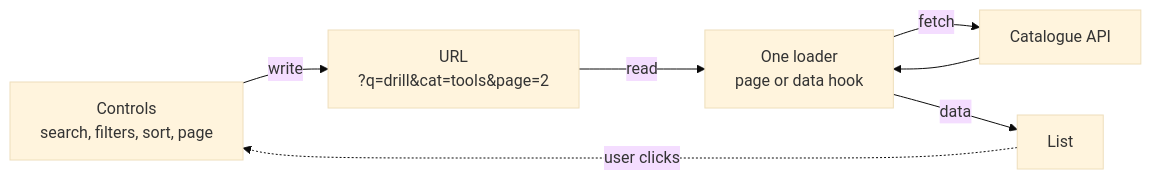
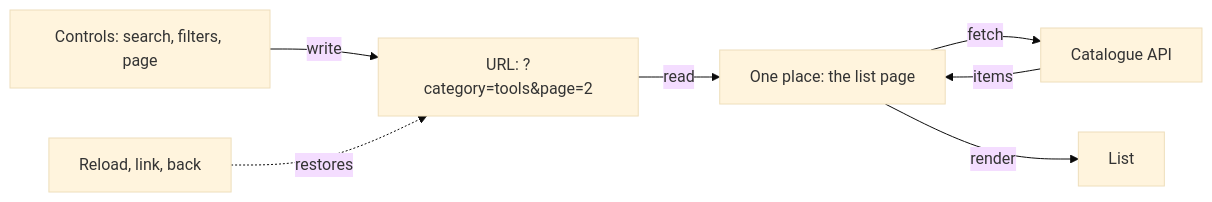
One commit to christiansany/cas-fee-26-frontend-challenges changed the first of 4 diagrams in topics/lists-and-pagination/README.md. Above: the diagram before and after it, drawn with Mermaid (base theme). The commit also changed other lines of this file and 8 other files, not shown here.

````diff
--- a/topics/lists-and-pagination/README.md
+++ b/topics/lists-and-pagination/README.md
@@ -211,9 +50,9 @@
 ```mermaid
 flowchart LR
-  Controls["Controls<br/>search, filters, sort, page"] -- "write" --> URL["URL<br/>?q=drill&cat=tools&page=2"]
-  URL -- "read" --> Loader["One loader<br/>page or data hook"]
-  Loader -- "fetch" --> API["Catalogue API"]
-  API --> Loader
-  Loader -- "data" --> List["List"]
-  List -. "user clicks" .-> Controls
+  Controls["Controls: search, filters, page"] -- "write" --> URL["URL: ?category=tools&page=2"]
+  URL -- "read" --> Page["One place: the list page"]
+  Page -- "fetch" --> API["Catalogue API"]
+  API -- "items" --> Page
+  Page -- "render" --> List["List"]
+  Back["Reload, link, back"] -. "restores" .-> URL
 ```
````
